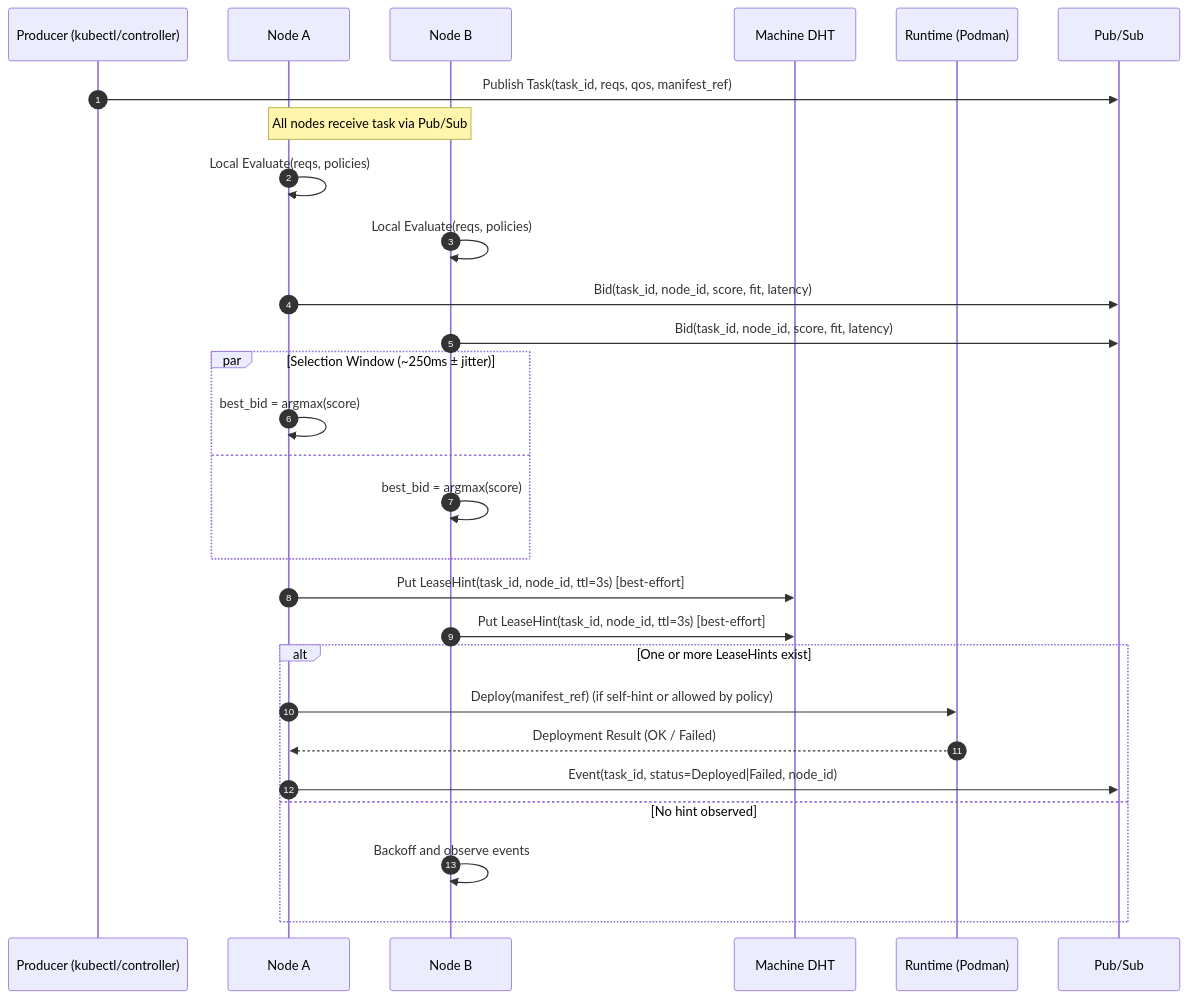
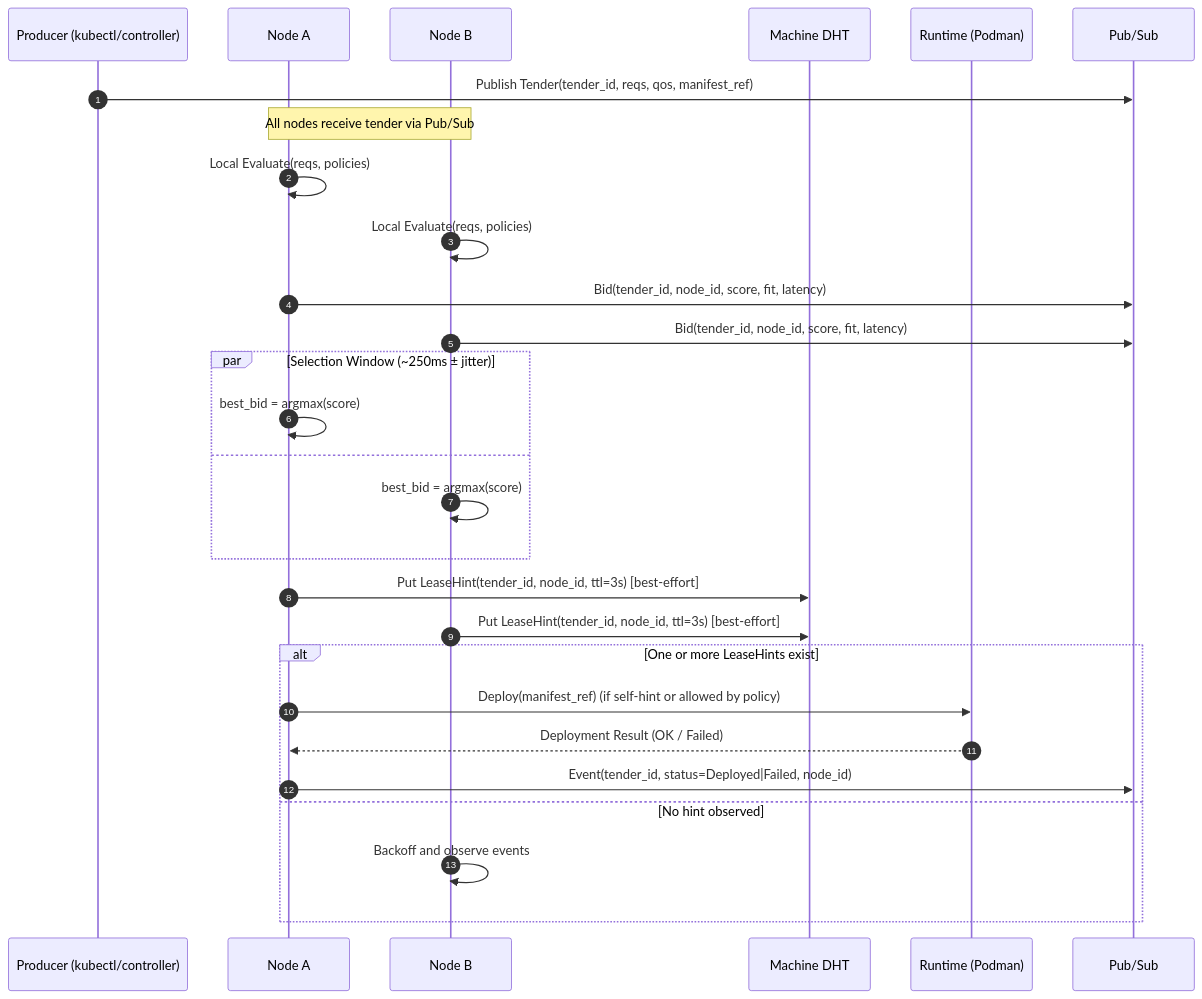
The first of 3 diagrams in machineplane-spec.md (beemesh/beemesh), drawn with Mermaid before and after one commit. The commit also changed other lines of this file and 6 other files, not shown here.

`````diff
--- a/machineplane-spec.md
+++ b/machineplane-spec.md
@@ -59,36 +59,36 @@
 ```mermaid
 sequenceDiagram
   autonumber
   participant P as Producer (kubectl/controller)
   participant N1 as Node A
   participant N2 as Node B
   participant MDHT as Machine DHT
   participant R as Runtime (Podman)
   participant PubSub as Pub/Sub
 
-  P->>PubSub: Publish Task(task_id, reqs, qos, manifest_ref)
-  Note over N1,N2: All nodes receive task via Pub/Sub
+  P->>PubSub: Publish Tender(tender_id, reqs, qos, manifest_ref)
+  Note over N1,N2: All nodes receive tender via Pub/Sub
 
   N1->>N1: Local Evaluate(reqs, policies)
   N2->>N2: Local Evaluate(reqs, policies)
 
-  N1->>PubSub: Bid(task_id, node_id, score, fit, latency)
-  N2->>PubSub: Bid(task_id, node_id, score, fit, latency)
+  N1->>PubSub: Bid(tender_id, node_id, score, fit, latency)
+  N2->>PubSub: Bid(tender_id, node_id, score, fit, latency)
 
   par Selection Window (~250ms ± jitter)
     N1->>N1: best_bid = argmax(score)
   and
     N2->>N2: best_bid = argmax(score)
   end
 
-  N1->>MDHT: Put LeaseHint(task_id, node_id, ttl=3s) [best-effort]
-  N2->>MDHT: Put LeaseHint(task_id, node_id, ttl=3s) [best-effort]
+  N1->>MDHT: Put LeaseHint(tender_id, node_id, ttl=3s) [best-effort]
+  N2->>MDHT: Put LeaseHint(tender_id, node_id, ttl=3s) [best-effort]
 
   alt One or more LeaseHints exist
     N1->>R: Deploy(manifest_ref) (if self-hint or allowed by policy)
     R-->>N1: Deployment Result (OK / Failed)
-    N1->>PubSub: Event(task_id, status=Deployed|Failed, node_id)
+    N1->>PubSub: Event(tender_id, status=Deployed|Failed, node_id)
   else No hint observed
     N2->>N2: Backoff and observe events
   end
 ````
`````
